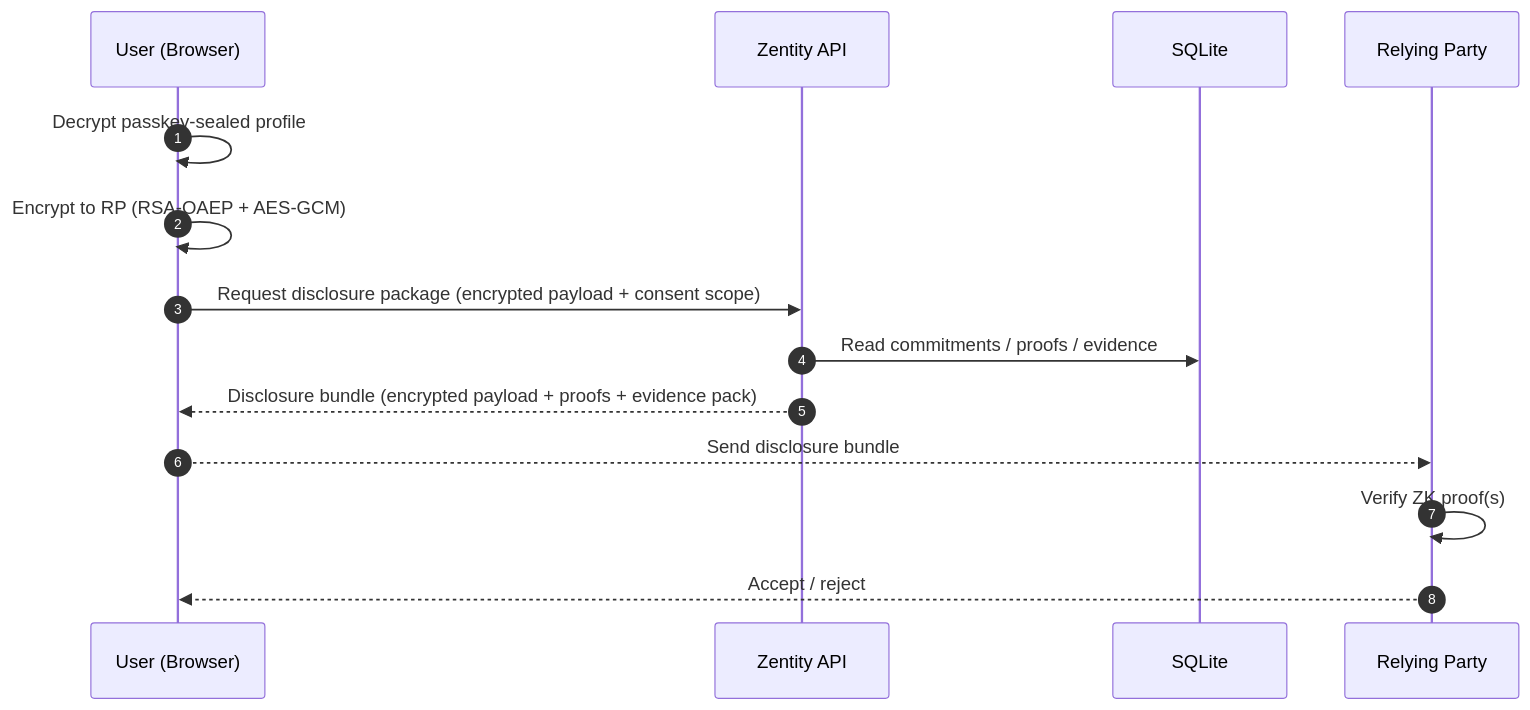
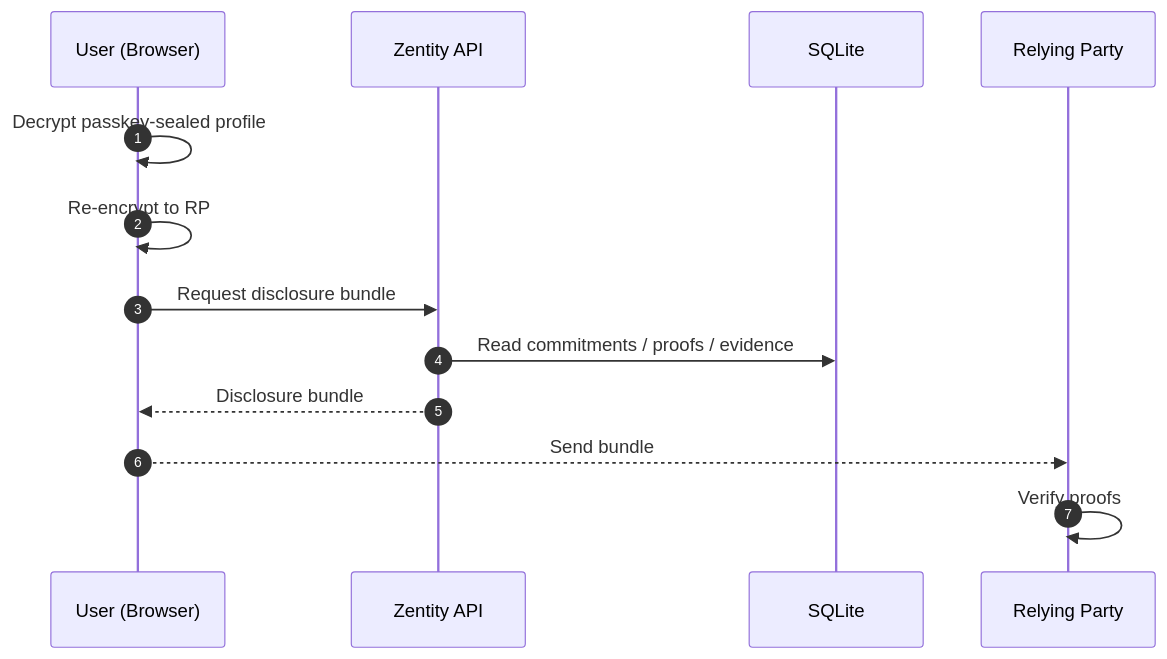
The third of 3 diagrams in docs/architecture.md (gustavovalverde/zentity), drawn with Mermaid before and after one commit. The commit also changed other lines of this file and 19 other files, not shown here.

First line of the commit message:
docs: overhaul architecture docs and navigation

````diff
--- a/docs/architecture.md
+++ b/docs/architecture.md
@@ -306,17 +159,16 @@
 ```mermaid
 sequenceDiagram
   autonumber
   participant UI as User (Browser)
   participant API as Zentity API
   participant DB as SQLite
   participant RP as Relying Party
 
   UI->>UI: Decrypt passkey-sealed profile
-  UI->>UI: Encrypt to RP (RSA-OAEP + AES-GCM)
-  UI->>API: Request disclosure package (encrypted payload + consent scope)
+  UI->>UI: Re-encrypt to RP
+  UI->>API: Request disclosure bundle
   API->>DB: Read commitments / proofs / evidence
-  API-->>UI: Disclosure bundle (encrypted payload + proofs + evidence pack)
-  UI-->>RP: Send disclosure bundle
-  RP->>RP: Verify ZK proof(s)
-  RP-->>UI: Accept / reject
+  API-->>UI: Disclosure bundle
+  UI-->>RP: Send bundle
+  RP->>RP: Verify proofs
 ```
````
